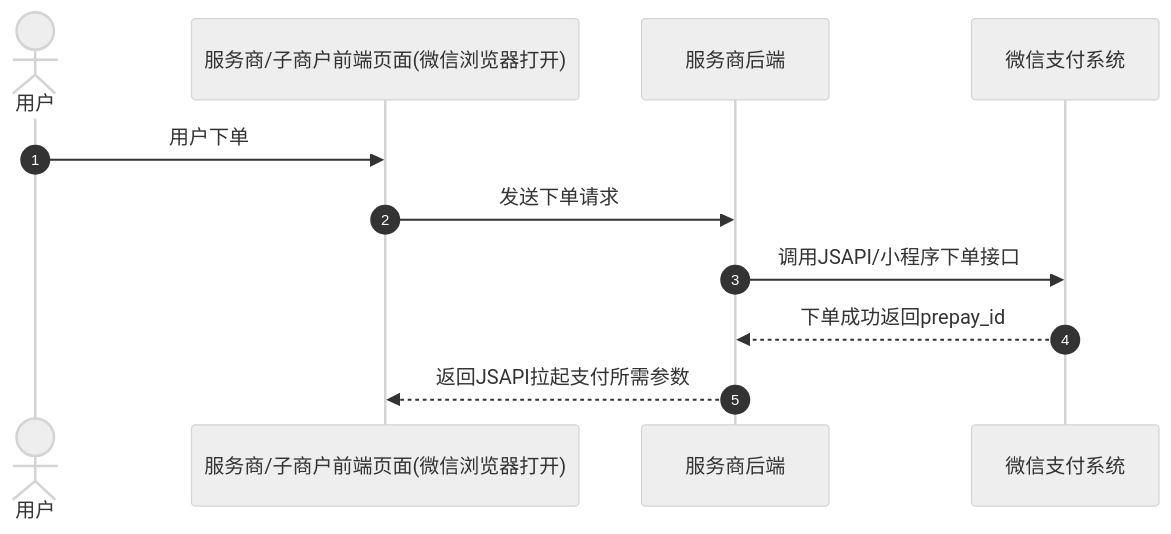
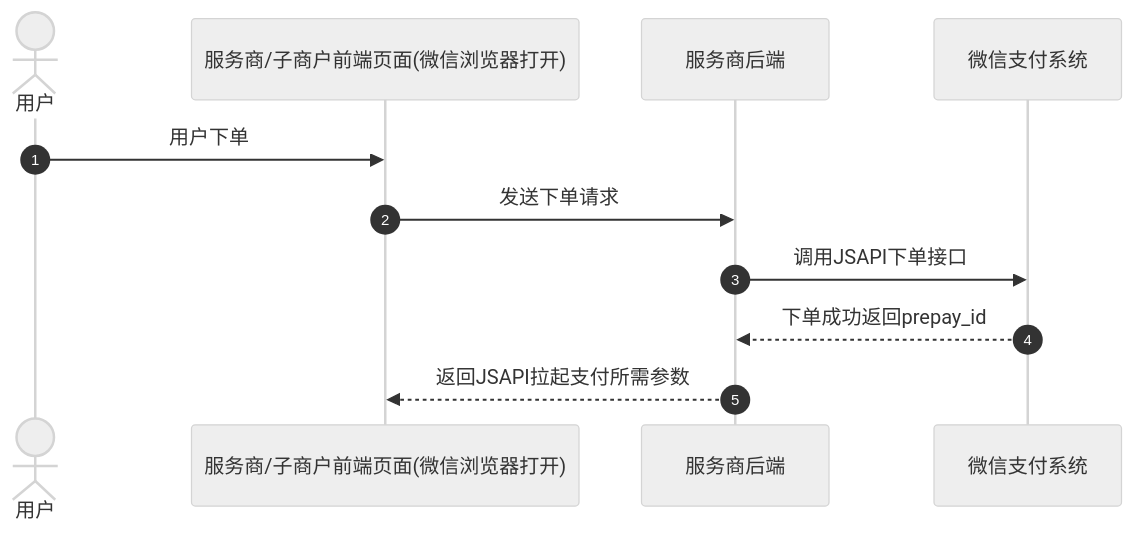
One commit to minibear2021/wechatpay_docs changed the first of 4 diagrams in docs/partner/pages/4012069859.md. Above: the diagram before and after it, drawn with Mermaid (neutral theme). The commit also changed other lines of this file and 18 other files, not shown here.

````diff
--- a/docs/partner/pages/4012069859.md
+++ b/docs/partner/pages/4012069859.md
@@ -38,14 +54,14 @@
 ```mermaid
 sequenceDiagram
 %% xwatt: autonumber ea
   autonumber
   actor p0 as 用户
   participant p1 as 服务商/子商户前端页面(微信浏览器打开)
   participant p2 as 服务商后端
   participant p3 as 微信支付系统
   p0->>p1: 用户下单
   p1->>p2: 发送下单请求
-  p2->>p3: 调用JSAPI/小程序下单接口
+  p2->>p3: 调用JSAPI下单接口
   p3-->>p2: 下单成功返回prepay_id
   p2-->>p1: 返回JSAPI拉起支付所需参数
 ```
````
